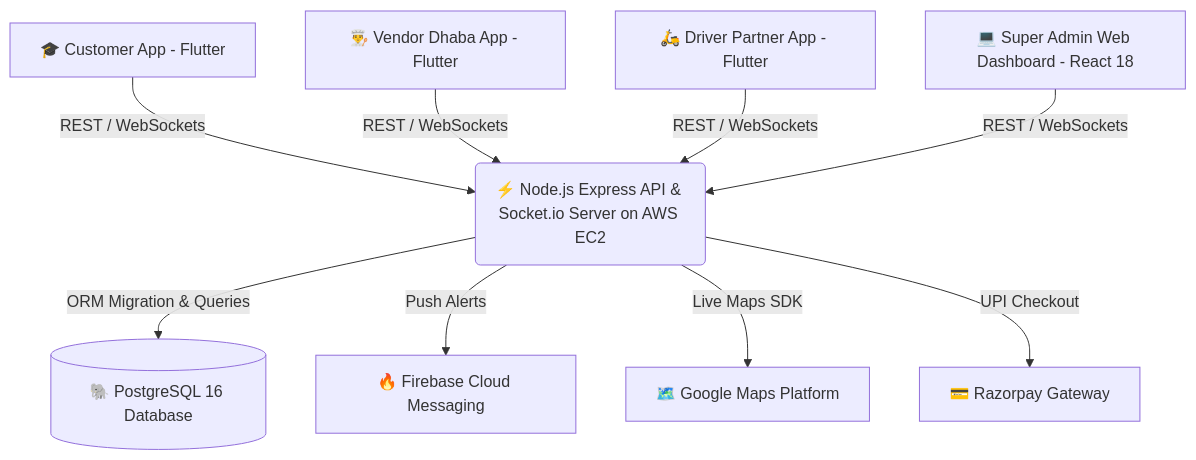
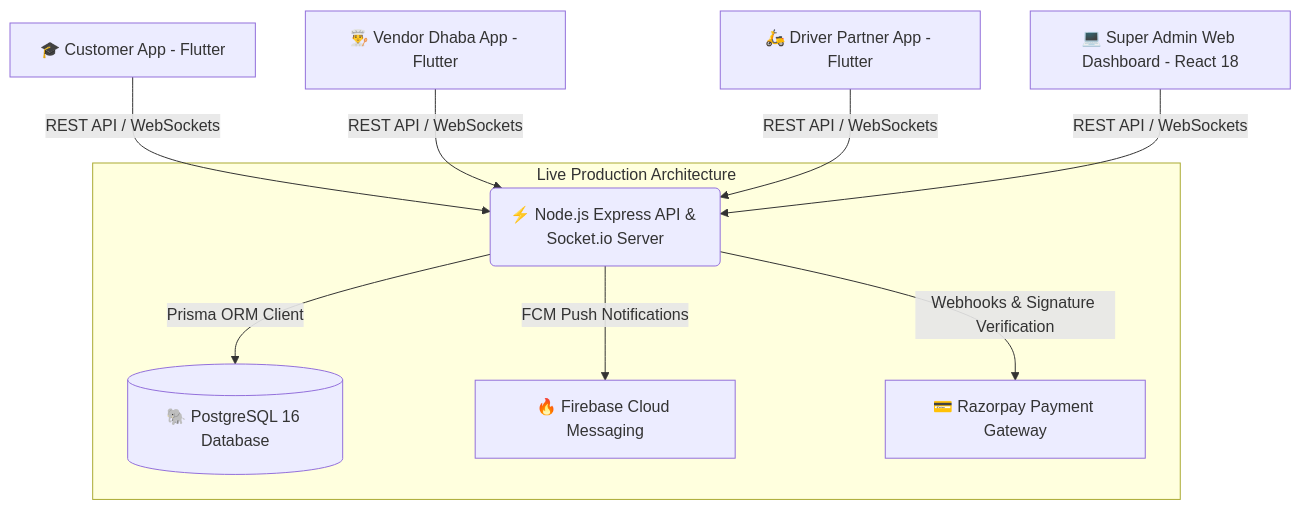
Before and after one commit to Tribal-Chief-001/Kraveo: the diagram in README.md, drawn with Mermaid. The commit also changed other lines of this file and 247 other files, not shown here.

Commit message:
feat: complete master production hardening, prisma migration, razorpay webhooks, and gate otp verification

````diff
--- a/README.md
+++ b/README.md
@@ -35,12 +40,13 @@
 ```mermaid
 graph TD
-    A[🎓 Customer App - Flutter] -->|REST / WebSockets| D(⚡ Node.js Express API & Socket.io Server on AWS EC2)
-    B[👨‍🍳 Vendor Dhaba App - Flutter] -->|REST / WebSockets| D
-    C[🛵 Driver Partner App - Flutter] -->|REST / WebSockets| D
-    E[💻 Super Admin Web Dashboard - React 18] -->|REST / WebSockets| D
+    A[🎓 Customer App - Flutter] -->|REST API / WebSockets| D(⚡ Node.js Express API & Socket.io Server)
+    B[👨‍🍳 Vendor Dhaba App - Flutter] -->|REST API / WebSockets| D
+    C[🛵 Driver Partner App - Flutter] -->|REST API / WebSockets| D
+    E[💻 Super Admin Web Dashboard - React 18] -->|REST API / WebSockets| D
     
-    D -->|ORM Migration & Queries| F[(🐘 PostgreSQL 16 Database)]
-    D -->|Push Alerts| G[🔥 Firebase Cloud Messaging]
-    D -->|Live Maps SDK| H[🗺️ Google Maps Platform]
-    D -->|UPI Checkout| I[💳 Razorpay Gateway]
+    subgraph Live Production Architecture
+        D -->|Prisma ORM Client| DB[(🐘 PostgreSQL 16 Database)]
+        D -->|FCM Push Notifications| FCM[🔥 Firebase Cloud Messaging]
+        D -->|Webhooks & Signature Verification| PG[💳 Razorpay Payment Gateway]
+    end
 ```
````
